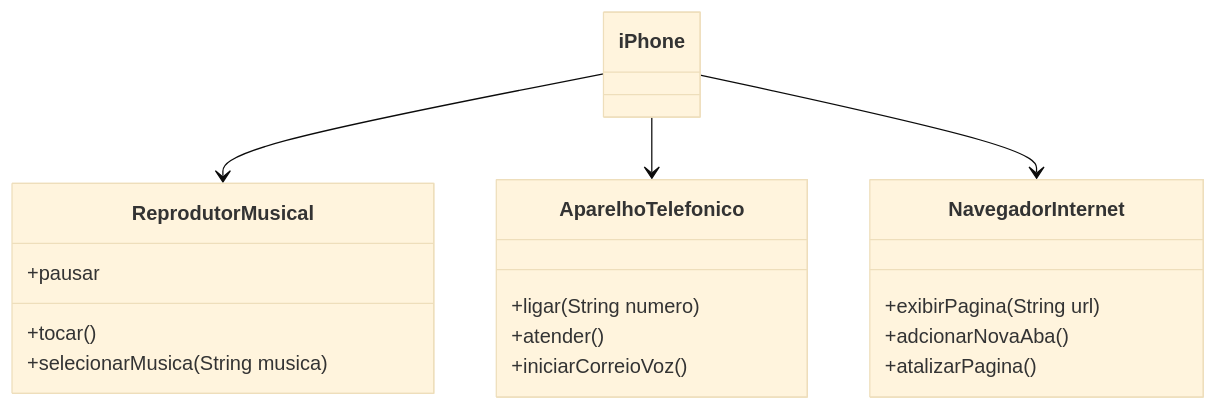
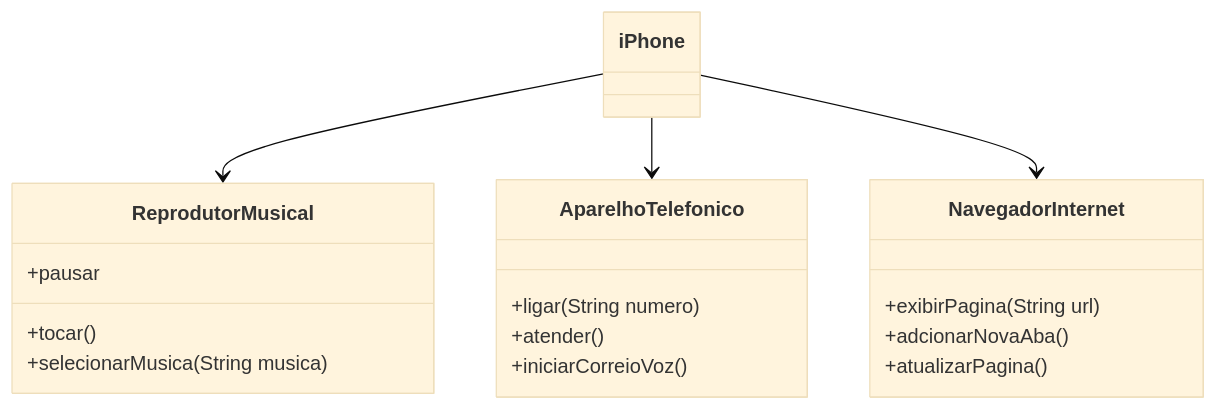
The diagram in README.md (jeannefernanda/iPhone), drawn with Mermaid (base theme) before and after one commit.

Commit message:
correção

````diff
--- a/README.md
+++ b/README.md
@@ -15,27 +15,27 @@
 ```mermaid
 classDiagram
     class ReprodutorMusical {
         +tocar()
         +pausar
         +selecionarMusica(String musica)
     }
 
     class AparelhoTelefonico {
         +ligar(String numero)
         +atender()
         +iniciarCorreioVoz()
     }
 
     class NavegadorInternet {
         +exibirPagina(String url)
         +adcionarNovaAba()
-        +atalizarPagina()
+        +atualizarPagina()
     }
 
     class iPhone {
     }
 
     iPhone --> ReprodutorMusical
     iPhone --> AparelhoTelefonico
     iPhone --> NavegadorInternet
 ```
````
